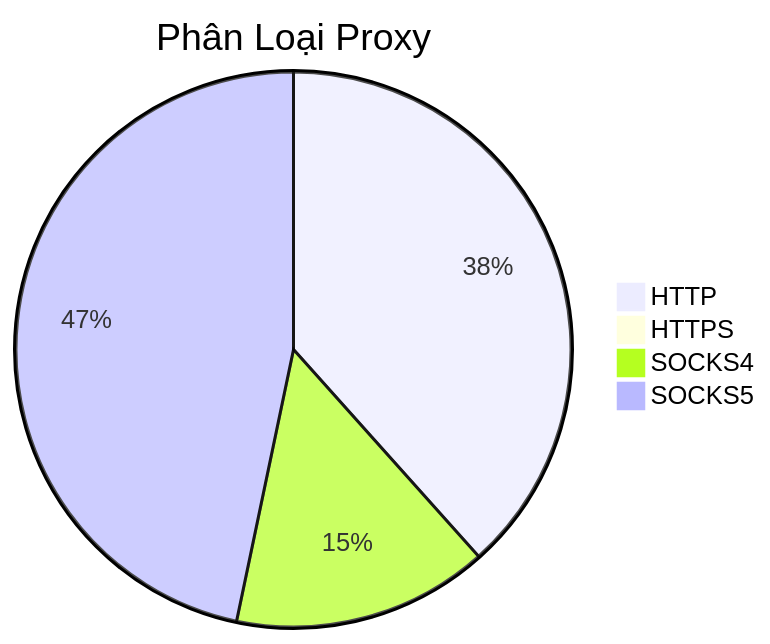
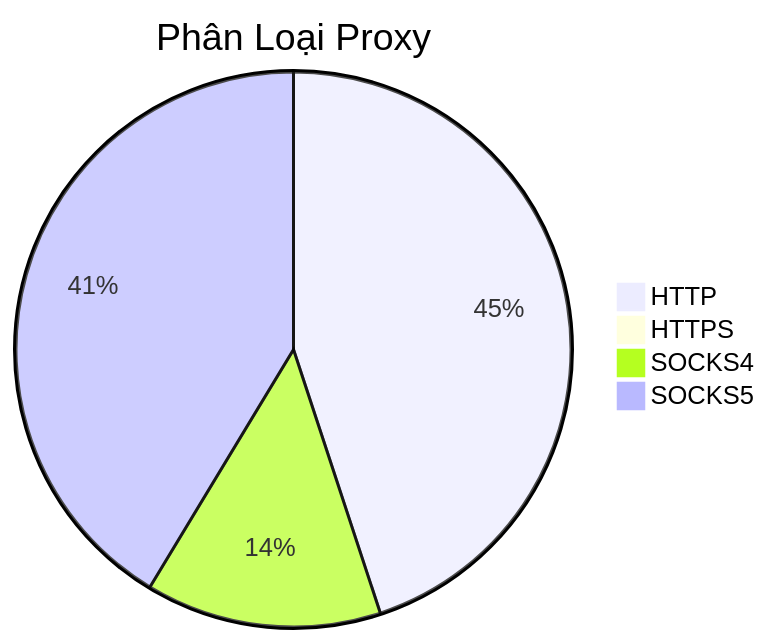
Before and after one commit to Ciara-12/PROXY-free: the diagram in README.md, drawn with Mermaid. The commit also changed other lines of this file and 4 other files, not shown here.

````diff
--- a/README.md
+++ b/README.md
@@ -26,7 +26,7 @@
 ```mermaid
 pie title Phân Loại Proxy
-    "HTTP" : 636
+    "HTTP" : 901
     "HTTPS" : 4
-    "SOCKS4" : 247
-    "SOCKS5" : 774
+    "SOCKS4" : 275
+    "SOCKS5" : 829
 ```
````
